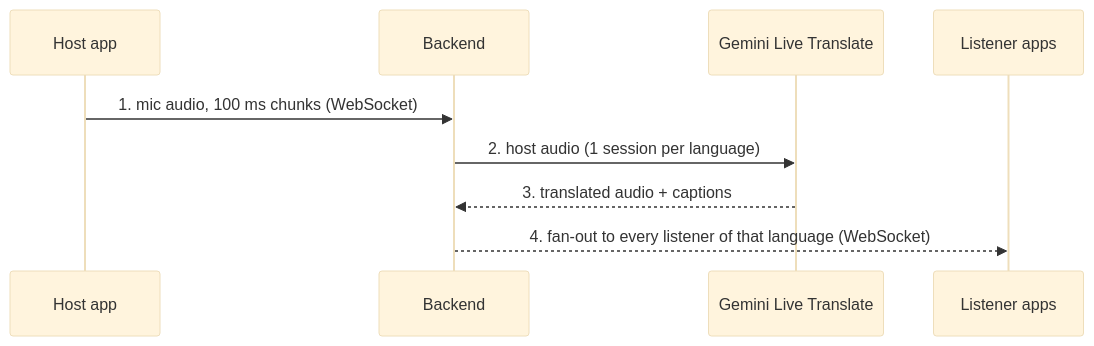
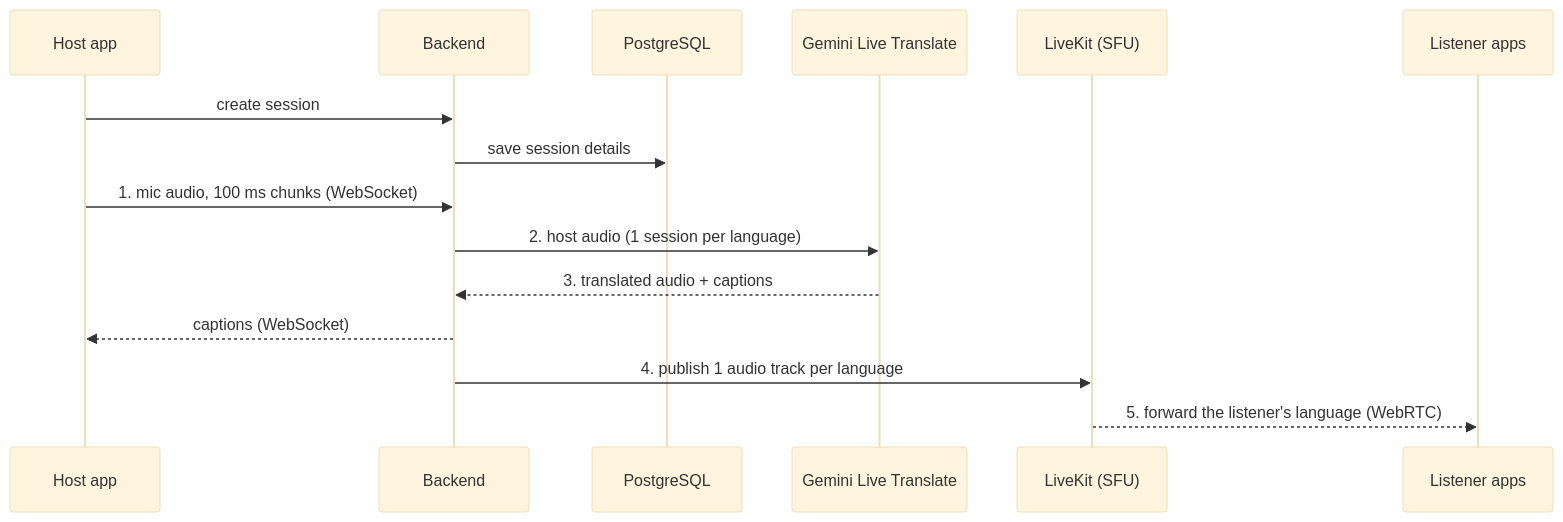
The second of 2 diagrams in docs/architecture.md (WH1TE-SHAD0W/ai-dubbing-studio), drawn with Mermaid (base theme) before and after one commit. The commit also changed other lines of this file, not shown here.

First line of the commit message:
docs: show target architecture with LiveKit and PostgreSQL

````diff
--- a/docs/architecture.md
+++ b/docs/architecture.md
@@ -31,11 +36,17 @@
 ```mermaid
 sequenceDiagram
   participant H as Host app
   participant B as Backend
+  participant D as PostgreSQL
   participant G as Gemini Live Translate
+  participant K as LiveKit (SFU)
   participant L as Listener apps
+  H->>B: create session
+  B->>D: save session details
   H->>B: 1. mic audio, 100 ms chunks (WebSocket)
   B->>G: 2. host audio (1 session per language)
   G-->>B: 3. translated audio + captions
-  B-->>L: 4. fan-out to every listener of that language (WebSocket)
+  B-->>H: captions (WebSocket)
+  B->>K: 4. publish 1 audio track per language
+  K-->>L: 5. forward the listener's language (WebRTC)
 ```
````
